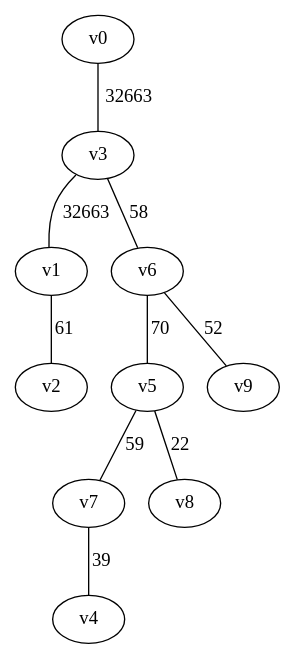
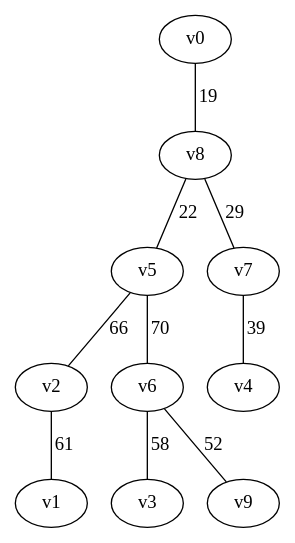
The diagram in outputs/gn10_mst_p_2.dot (japie1235813/Algo_PA3), drawn with Graphviz before and after one commit. The commit also changed 5 other files, not shown here.

```diff
--- a/outputs/gn10_mst_p_2.dot
+++ b/outputs/gn10_mst_p_2.dot
@@ -1,11 +1,11 @@
 graph gn10_mst_p {
-v3 -- v1 [label = "32663"];
-v1 -- v2 [label = "61"];
-v0 -- v3 [label = "32663"];
+v2 -- v1 [label = "61"];
+v5 -- v2 [label = "66"];
+v6 -- v3 [label = "58"];
 v7 -- v4 [label = "39"];
-v6 -- v5 [label = "70"];
-v3 -- v6 [label = "58"];
-v5 -- v7 [label = "59"];
-v5 -- v8 [label = "22"];
+v8 -- v5 [label = "22"];
+v5 -- v6 [label = "70"];
+v8 -- v7 [label = "29"];
+v0 -- v8 [label = "19"];
 v6 -- v9 [label = "52"];
 }
```
